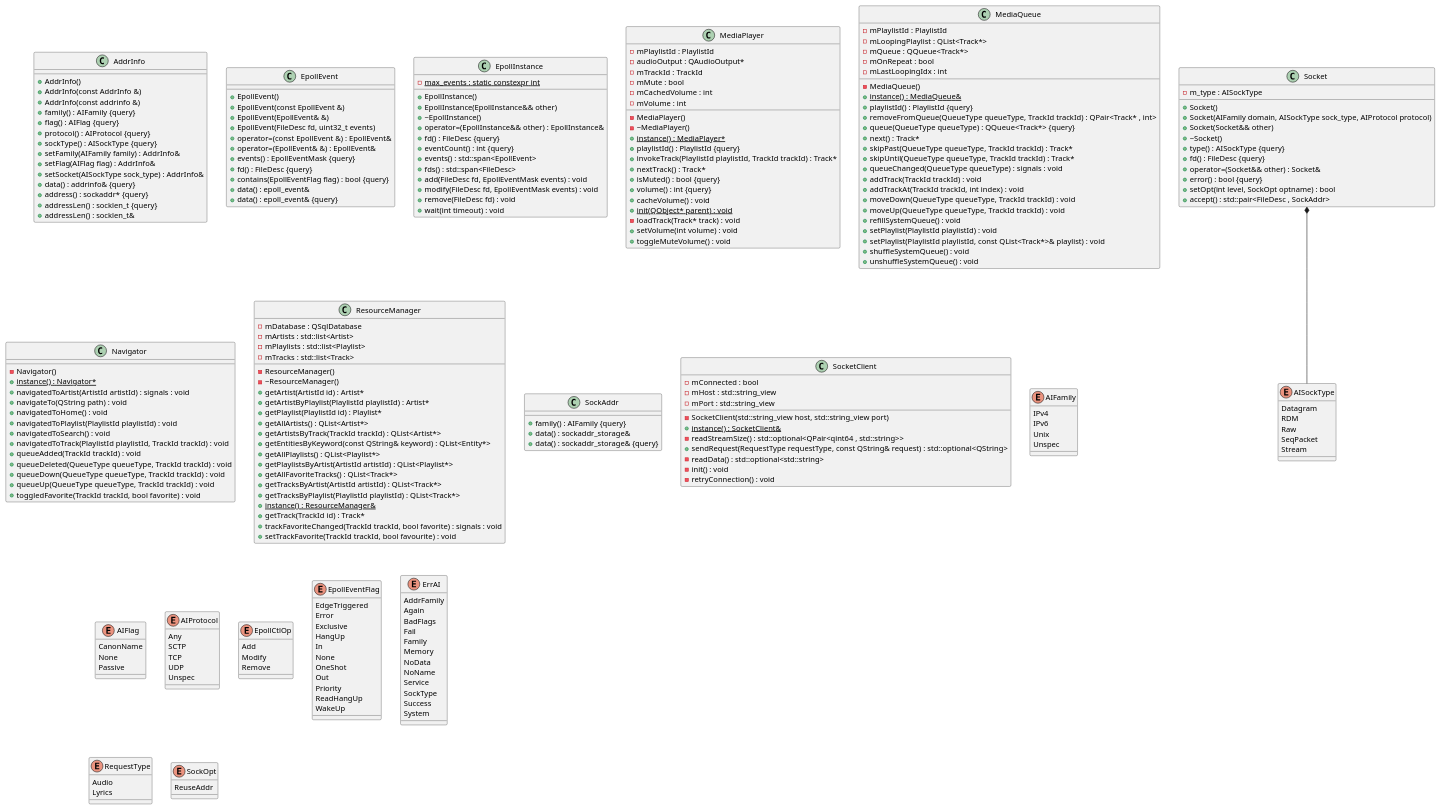
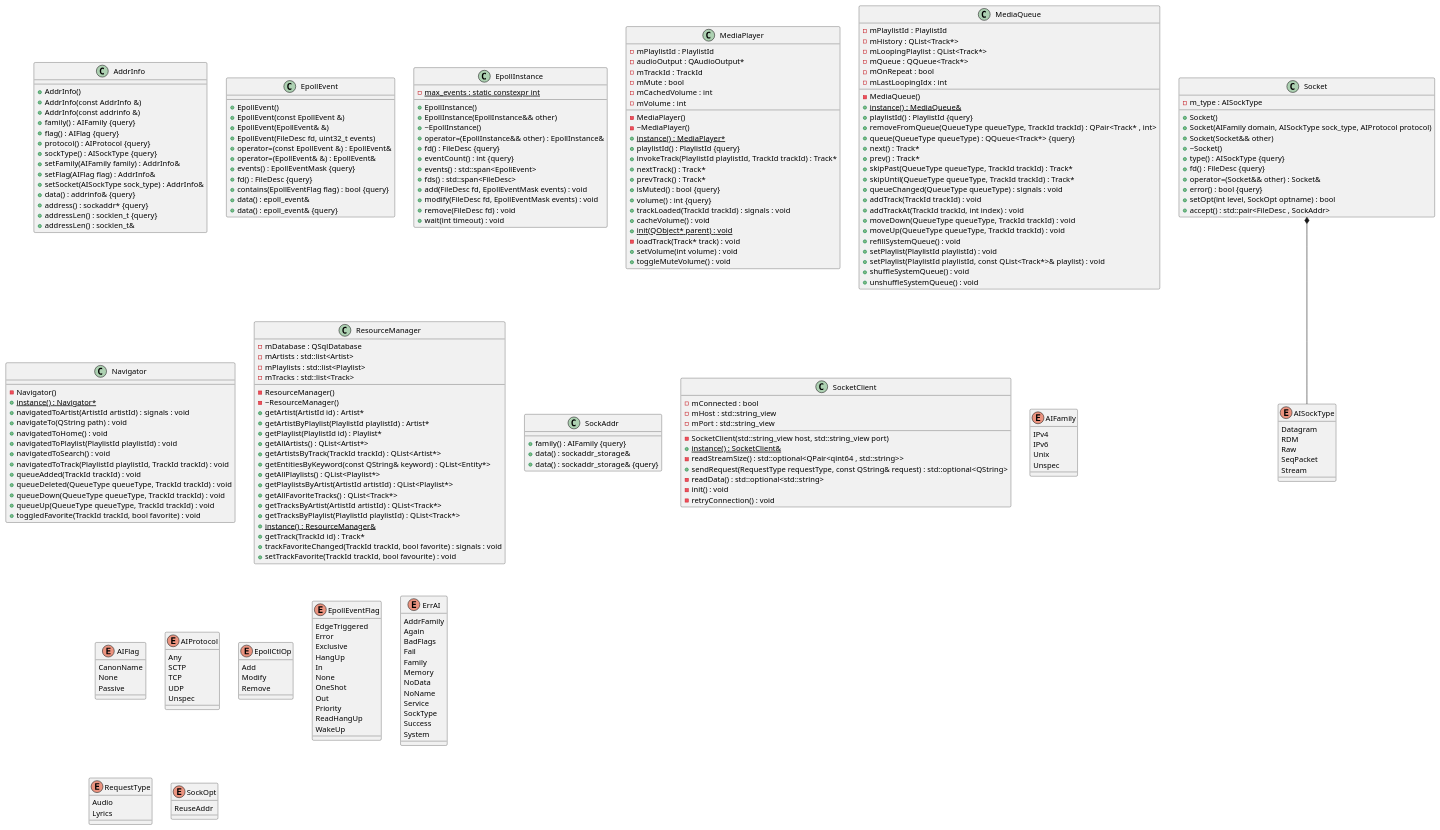
One commit to jalsol/jalmp changed the diagram in docs/diagrams/functional.puml. Above: the diagram before and after it, drawn with PlantUML. The commit also changed 3 other files, not shown here.

Commit message:
Update diagrams

```diff
--- a/docs/diagrams/functional.puml
+++ b/docs/diagrams/functional.puml
@@ -65,12 +65,14 @@
 	-audioOutput : QAudioOutput*
 	+invokeTrack(PlaylistId playlistId, TrackId trackId) : Track*
 	+nextTrack() : Track*
+	+prevTrack() : Track*
 	-mTrackId : TrackId
 	+isMuted() : bool {query}
 	-mMute : bool
 	-mCachedVolume : int
 	-mVolume : int
 	+volume() : int {query}
+	+trackLoaded(TrackId trackId) : signals : void
 	+cacheVolume() : void
 	+{static} init(QObject* parent) : void
 	-loadTrack(Track* track) : void
@@ -84,11 +86,13 @@
 	+{static} instance() : MediaQueue&
 	-mPlaylistId : PlaylistId
 	+playlistId() : PlaylistId {query}
+	-mHistory : QList<Track*>
 	-mLoopingPlaylist : QList<Track*>
 	+removeFromQueue(QueueType queueType, TrackId trackId) : QPair<Track* , int>
 	-mQueue : QQueue<Track*>
 	+queue(QueueType queueType) : QQueue<Track*> {query}
 	+next() : Track*
+	+prev() : Track*
 	+skipPast(QueueType queueType, TrackId trackId) : Track*
 	+skipUntil(QueueType queueType, TrackId trackId) : Track*
 	-mOnRepeat : bool
```
